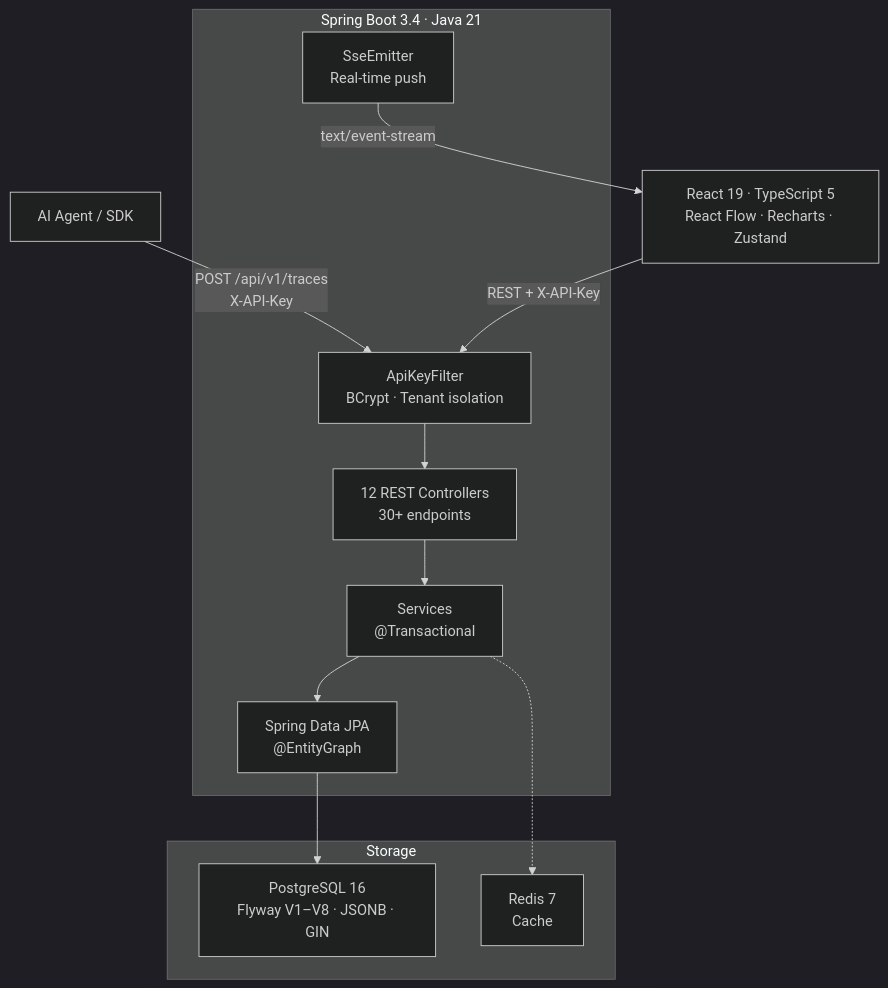
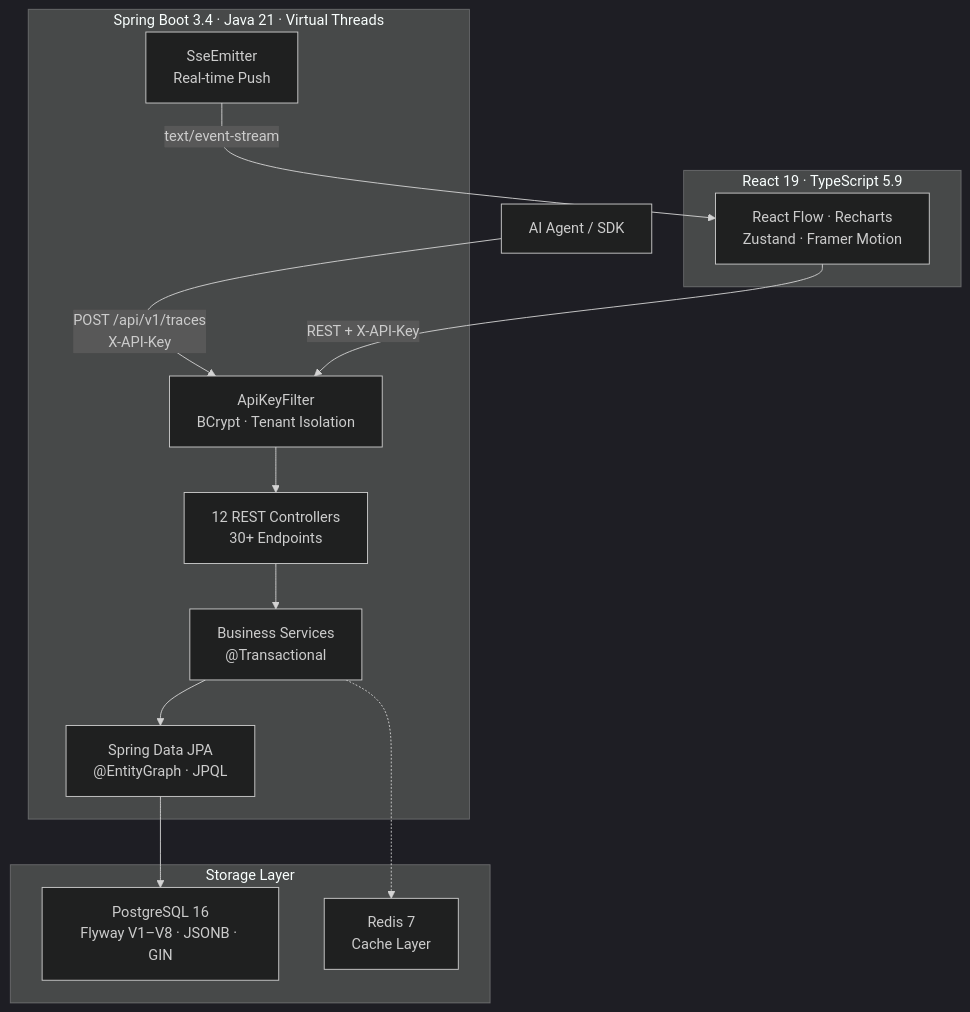
The first of 2 diagrams in README.md (AdrianoVS87/hookwatch), drawn with Mermaid (dark theme) before and after one commit. The commit also changed other lines of this file and 1 other file, not shown here.

````diff
--- a/README.md
+++ b/README.md
@@ -29,28 +50,30 @@
 ```mermaid
 graph TB
     Agent["AI Agent / SDK"]
-    
-    subgraph API ["Spring Boot 3.4 · Java 21"]
-        Filter["ApiKeyFilter\nBCrypt · Tenant isolation"]
-        Controllers["12 REST Controllers\n30+ endpoints"]
-        Services["Services\n@Transactional"]
-        JPA["Spring Data JPA\n@EntityGraph"]
-        SSE["SseEmitter\nReal-time push"]
+
+    subgraph Backend ["Spring Boot 3.4 · Java 21 · Virtual Threads"]
+        Filter["ApiKeyFilter<br/>BCrypt · Tenant Isolation"]
+        Controllers["12 REST Controllers<br/>30+ Endpoints"]
+        Services["Business Services<br/>@Transactional"]
+        JPA["Spring Data JPA<br/>@EntityGraph · JPQL"]
+        SSE["SseEmitter<br/>Real-time Push"]
     end
 
-    subgraph Storage
-        PG["PostgreSQL 16\nFlyway V1–V8 · JSONB · GIN"]
-        Redis["Redis 7\nCache"]
+    subgraph Data ["Storage Layer"]
+        PG["PostgreSQL 16<br/>Flyway V1–V8 · JSONB · GIN"]
+        Redis["Redis 7<br/>Cache Layer"]
     end
 
-    Browser["React 19 · TypeScript 5\nReact Flow · Recharts · Zustand"]
+    subgraph Frontend ["React 19 · TypeScript 5.9"]
+        UI["React Flow · Recharts<br/>Zustand · Framer Motion"]
+    end
 
-    Agent -->|"POST /api/v1/traces\nX-API-Key"| Filter
+    Agent -->|"POST /api/v1/traces<br/>X-API-Key"| Filter
     Filter --> Controllers
     Controllers --> Services
     Services --> JPA
     JPA --> PG
     Services -.-> Redis
-    SSE -->|"text/event-stream"| Browser
-    Browser -->|"REST + X-API-Key"| Filter
+    SSE -->|"text/event-stream"| UI
+    UI -->|"REST + X-API-Key"| Filter
 ```
````
